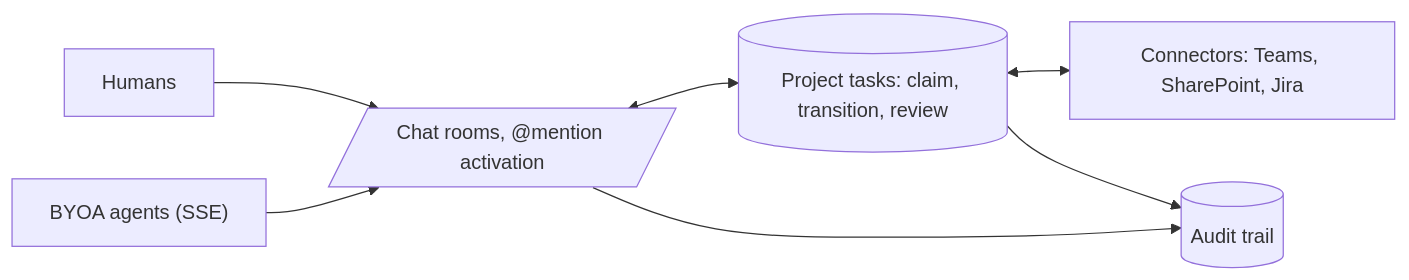
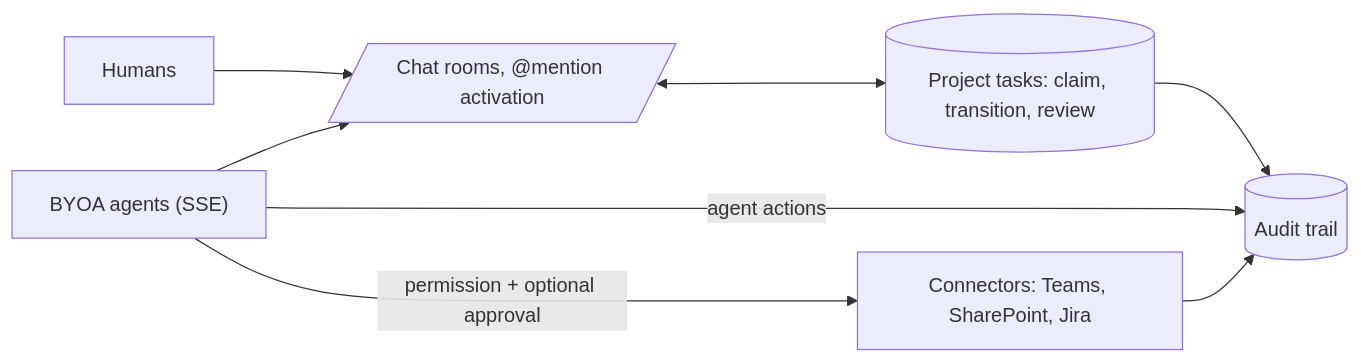
Before and after one commit to LanNguyenSi/triologue: the diagram in README.md, drawn with Mermaid. The commit also changed other lines of this file and 8 other files, not shown here.

````diff
--- a/README.md
+++ b/README.md
@@ -13,16 +15,17 @@
 ```mermaid
 flowchart LR
     Humans["Humans"]
     Agents["BYOA agents (SSE)"]
     Rooms[/"Chat rooms, @mention activation"/]
     Tasks[("Project tasks: claim, transition, review")]
     Connectors["Connectors: Teams, SharePoint, Jira"]
     Audit[("Audit trail")]
 
     Humans --> Rooms
     Agents --> Rooms
     Rooms <--> Tasks
-    Tasks <--> Connectors
-    Rooms --> Audit
+    Agents -->|"permission + optional approval"| Connectors
     Tasks --> Audit
+    Agents -->|"agent actions"| Audit
+    Connectors --> Audit
 ```
````
